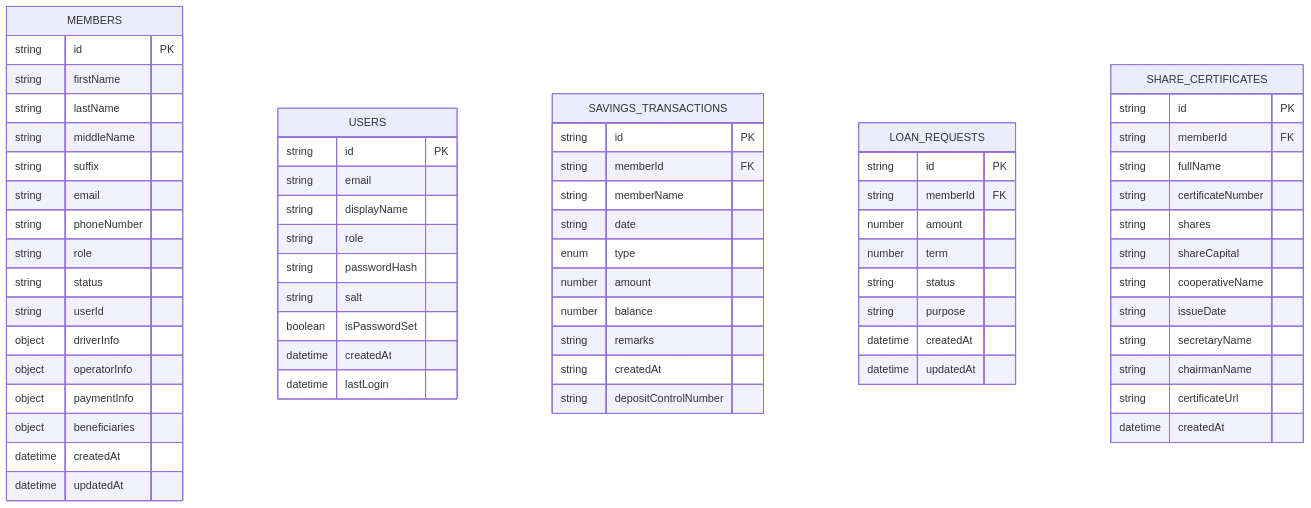
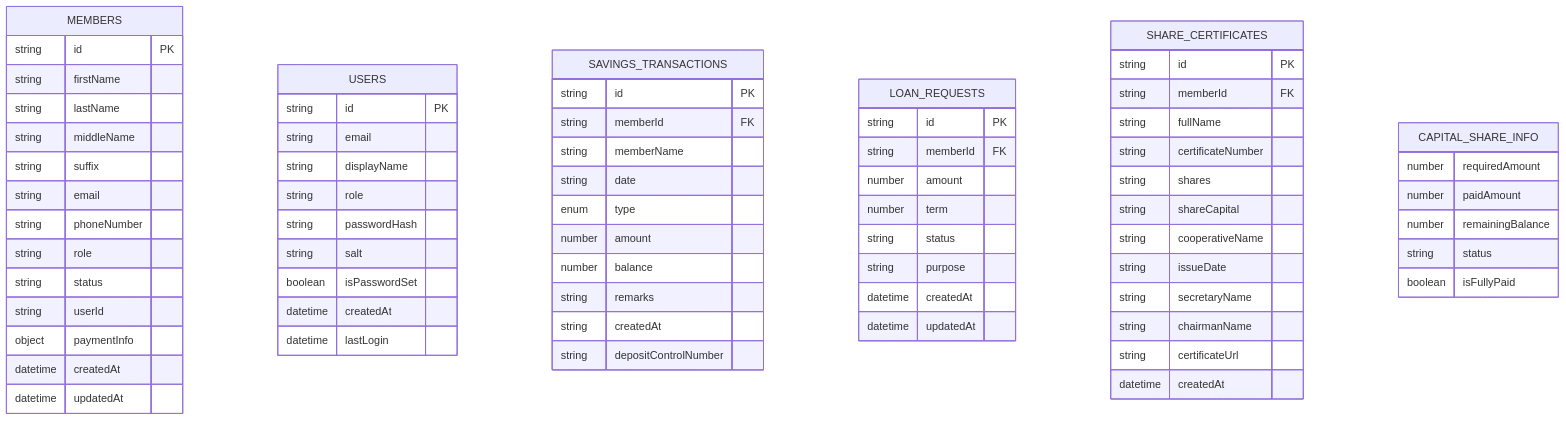
Before and after one commit to Unsure-bry/sampacoop_system: the second of 12 diagrams in .qoder/repowiki/en/content/Project Overview/Core Features & Functionality/Administrative Features/Capital Shares Management System.md, drawn with Mermaid. The commit also changed other lines of this file and 5 other files, not shown here.

````diff
--- a/.qoder/repowiki/en/content/Project Overview/Core Features & Functionality/Administrative Features/Capital Shares Management System.md
+++ b/.qoder/repowiki/en/content/Project Overview/Core Features & Functionality/Administrative Features/Capital Shares Management System.md
@@ -106,68 +121,72 @@
 ```mermaid
 erDiagram
 MEMBERS {
 string id PK
 string firstName
 string lastName
 string middleName
 string suffix
 string email
 string phoneNumber
 string role
 string status
 string userId
-object driverInfo
-object operatorInfo
 object paymentInfo
-object beneficiaries
 datetime createdAt
 datetime updatedAt
 }
 USERS {
 string id PK
 string email
 string displayName
 string role
 string passwordHash
 string salt
 boolean isPasswordSet
 datetime createdAt
 datetime lastLogin
 }
 SAVINGS_TRANSACTIONS {
 string id PK
 string memberId FK
 string memberName
 string date
 enum type
 number amount
 number balance
 string remarks
 string createdAt
 string depositControlNumber
 }
 LOAN_REQUESTS {
 string id PK
 string memberId FK
 number amount
 number term
 string status
 string purpose
 datetime createdAt
 datetime updatedAt
 }
 SHARE_CERTIFICATES {
 string id PK
 string memberId FK
 string fullName
 string certificateNumber
 string shares
 string shareCapital
 string cooperativeName
 string issueDate
 string secretaryName
 string chairmanName
 string certificateUrl
 datetime createdAt
 }
+CAPITAL_SHARE_INFO {
+number requiredAmount
+number paidAmount
+number remainingBalance
+string status
+boolean isFullyPaid
+}
 ```
````
